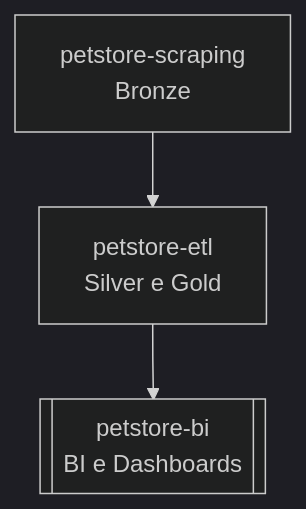
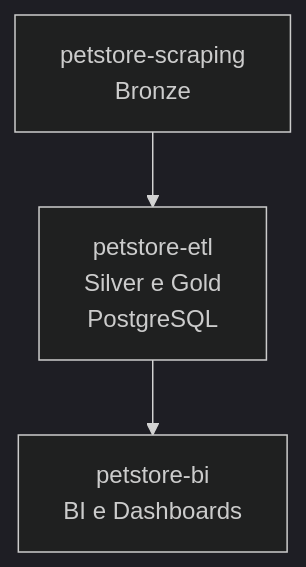
The diagram in README.md (rafa-trindade/petstore-bi), drawn with Mermaid (dark theme) before and after one commit. The commit also changed other lines of this file, not shown here.

````diff
--- a/README.md
+++ b/README.md
@@ -30,5 +30,5 @@
 ```mermaid
 graph TD
-    A[petstore-scraping<br>Bronze] --> B[petstore-etl<br>Silver e Gold]
-    B --> C[[petstore-bi<br>BI e Dashboards]]
+    A[petstore-scraping<br>Bronze] --> B[petstore-etl<br>Silver e Gold<br>PostgreSQL]
+    B --> C[petstore-bi<br>BI e Dashboards]
 ```
````
